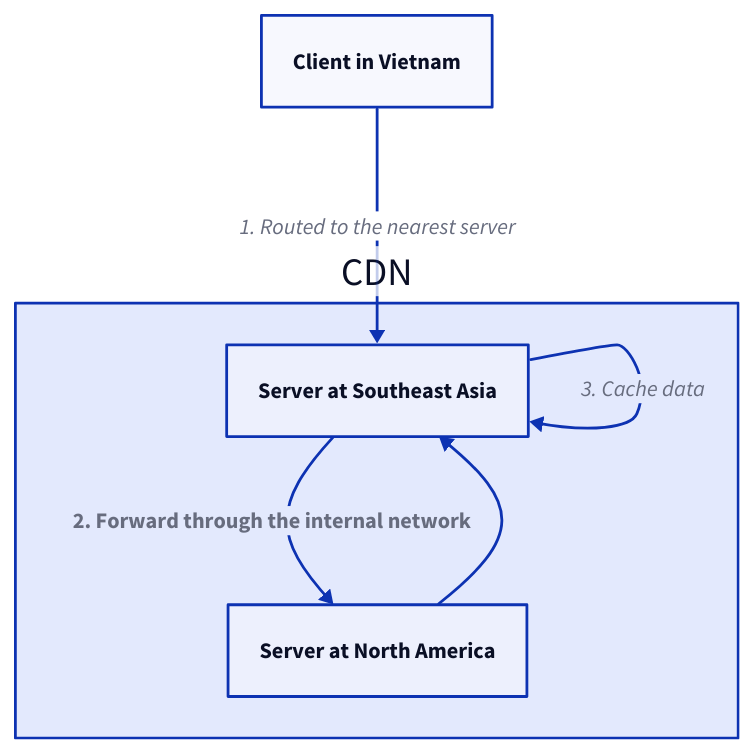
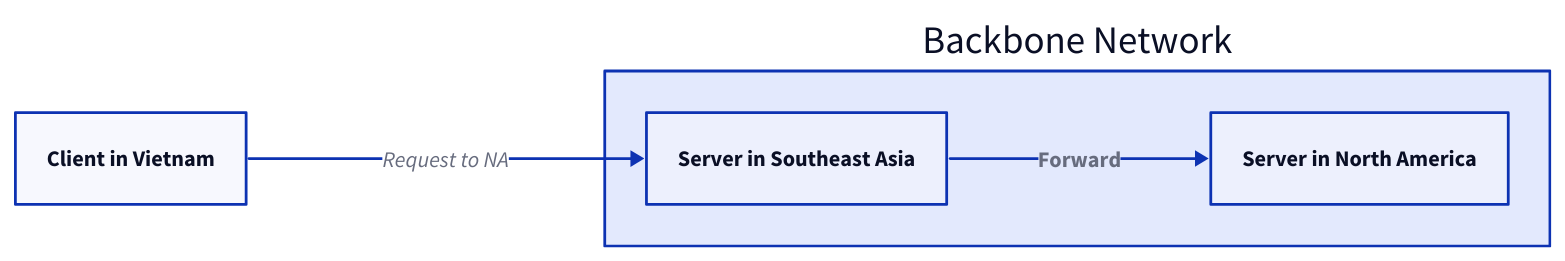
One commit to link1905/system-design-101 changed diagram 17 of 19 in content/docs/data-persistence/media-storage.md. Above: the diagram before and after it, drawn with D2. The commit also changed other lines of this file and 40 other files, not shown here.

````diff
--- a/content/docs/data-persistence/media-storage.md
+++ b/content/docs/data-persistence/media-storage.md
@@ -465,20 +519,18 @@
 ```d2
-cdn: CDN {
-  s1: Server at Southeast Asia {
+direction: right
+c: Client in Vietnam {
+  class: client
+}
+cdn: Backbone Network {
+  s1: Server in Southeast Asia {
     class: server
   }
-  s2: Server at North America {
+  s2: Server in North America {
     class: server
   }
 }
-c: Client in Vietnam {
-  class: client
-}
-
-c -> cdn.s1: 1. Routed to the nearest server
-cdn.s1 -> cdn.s2: 2. Forward through the internal network {
+c -> cdn.s1: Request to NA
+cdn.s1 -> cdn.s2: Forward {
   style.bold: true
 }
-cdn.s2 -> cdn.s1
-cdn.s1 -> cdn.s1: 3. Cache data
 ```
````
